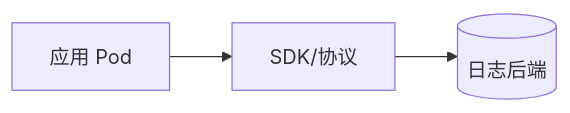
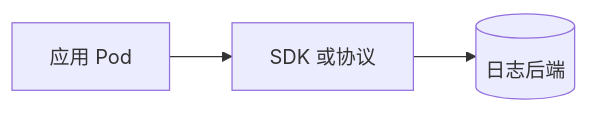
One commit to brinnatt/kubeauto changed the sixth of 19 diagrams in docs/efk/EFK.md. Above: the diagram before and after it, drawn with Mermaid. The commit also changed other lines of this file, not shown here.

````diff
--- a/docs/efk/EFK.md
+++ b/docs/efk/EFK.md
@@ -329,5 +329,5 @@
 ```mermaid
 flowchart LR
-  APP[应用 Pod] --> SDK[SDK/协议]
+  APP[应用 Pod] --> SDK["SDK 或协议"]
   SDK --> BE[(日志后端)]
 ```
````
